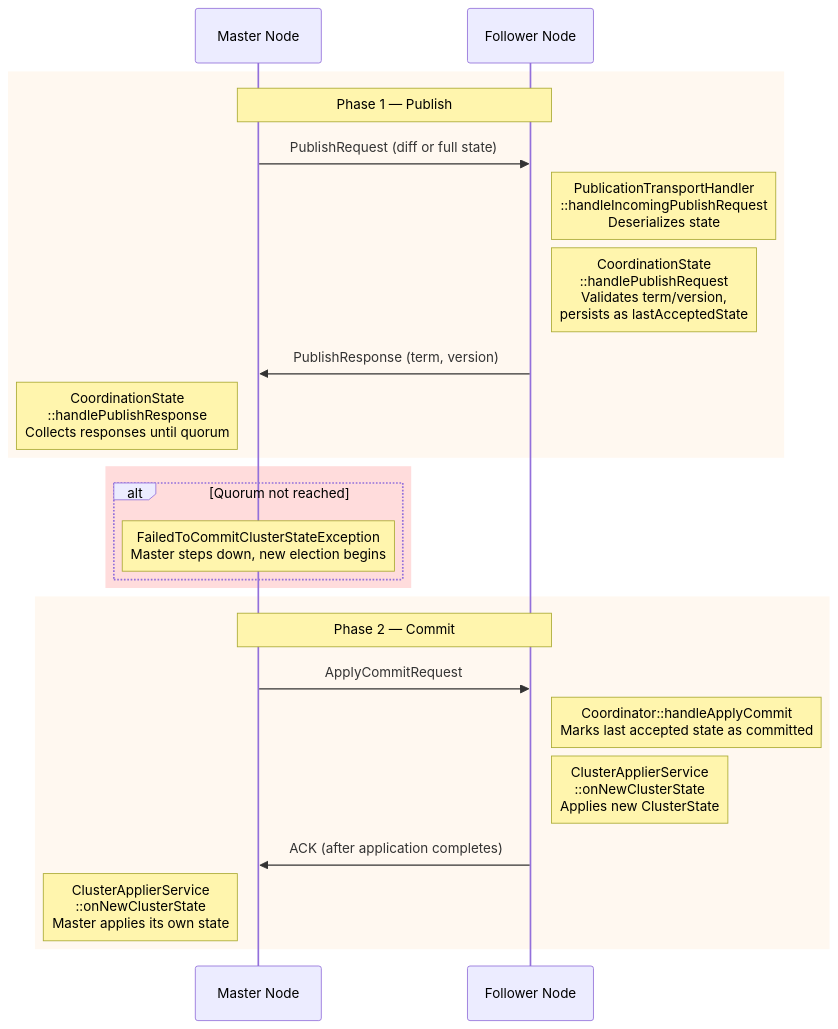
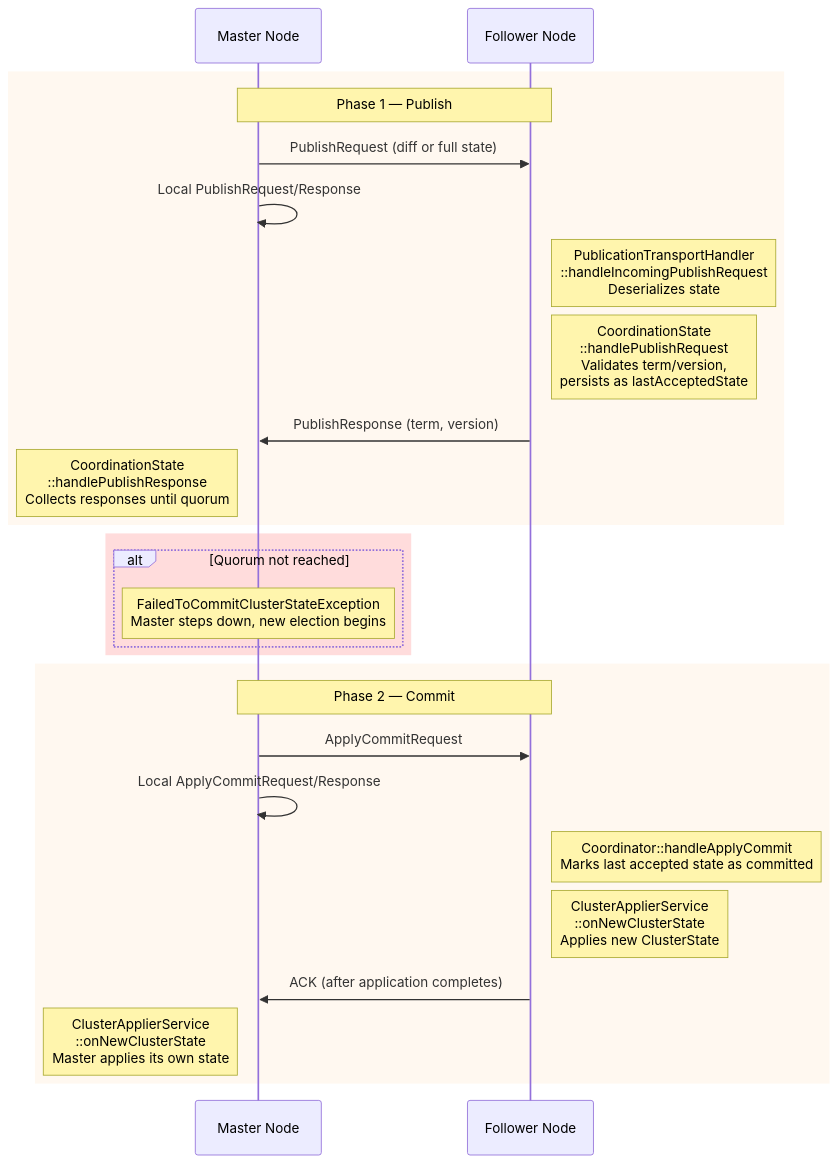
Before and after one commit to elastic/elasticsearch: the diagram in docs/internal/DistributedArchitectureGuide.md, drawn with Mermaid.

Commit message:
Diagram: the master sends requests to itself

````diff
--- a/docs/internal/DistributedArchitectureGuide.md
+++ b/docs/internal/DistributedArchitectureGuide.md
@@ -443,29 +443,31 @@
 ```mermaid
 sequenceDiagram
     participant M as Master Node
     participant F as Follower Node
 
     rect rgb(255, 248, 240)
     Note over M,F: Phase 1 — Publish
     M->>F: PublishRequest (diff or full state)
+    M->>M: Local PublishRequest/Response
     Note right of F: PublicationTransportHandler<br/>::handleIncomingPublishRequest<br/>Deserializes state
     Note right of F: CoordinationState<br/>::handlePublishRequest<br/>Validates term/version,<br/>persists as lastAcceptedState
     F->>M: PublishResponse (term, version)
     Note left of M: CoordinationState<br/>::handlePublishResponse<br/>Collects responses until quorum
     end
 
     rect rgb(255, 220, 220)
     alt Quorum not reached
         Note over M: FailedToCommitClusterStateException<br/>Master steps down, new election begins
     end
     end
 
     rect rgb(255, 248, 240)
     Note over M,F: Phase 2 — Commit
     M->>F: ApplyCommitRequest
+    M->>M: Local ApplyCommitRequest/Response
     Note right of F: Coordinator::handleApplyCommit<br/>Marks last accepted state as committed
     Note right of F: ClusterApplierService<br/>::onNewClusterState<br/>Applies new ClusterState
     F->>M: ACK (after application completes)
     Note left of M: ClusterApplierService<br/>::onNewClusterState<br/>Master applies its own state
     end
 ```
````
